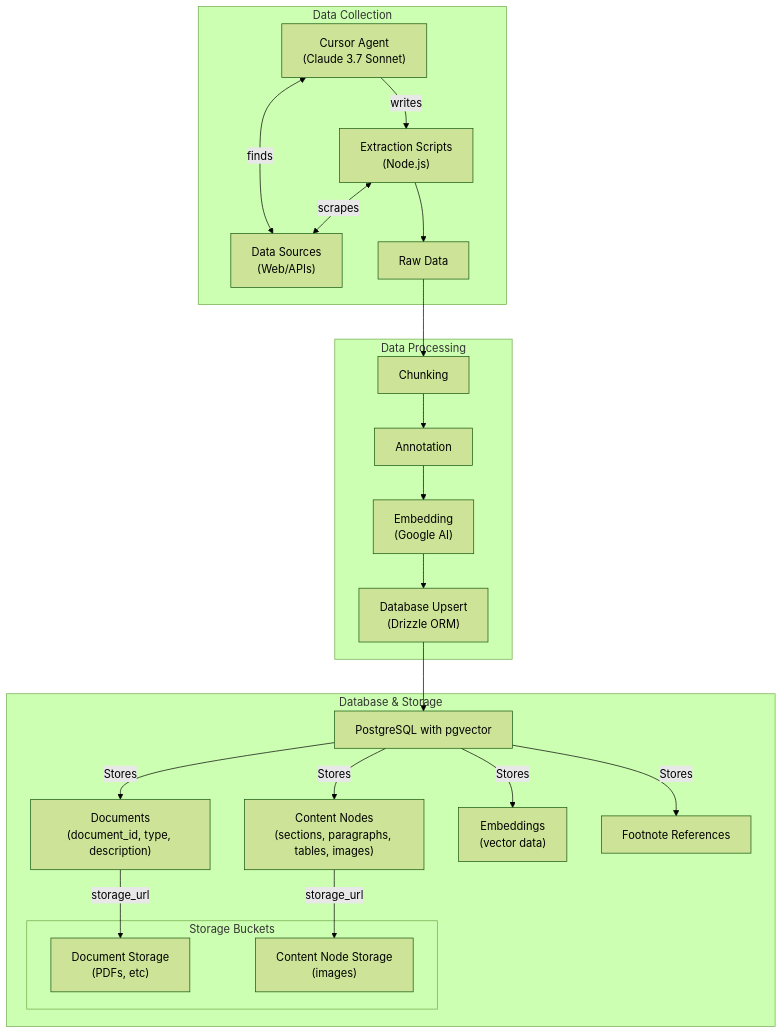
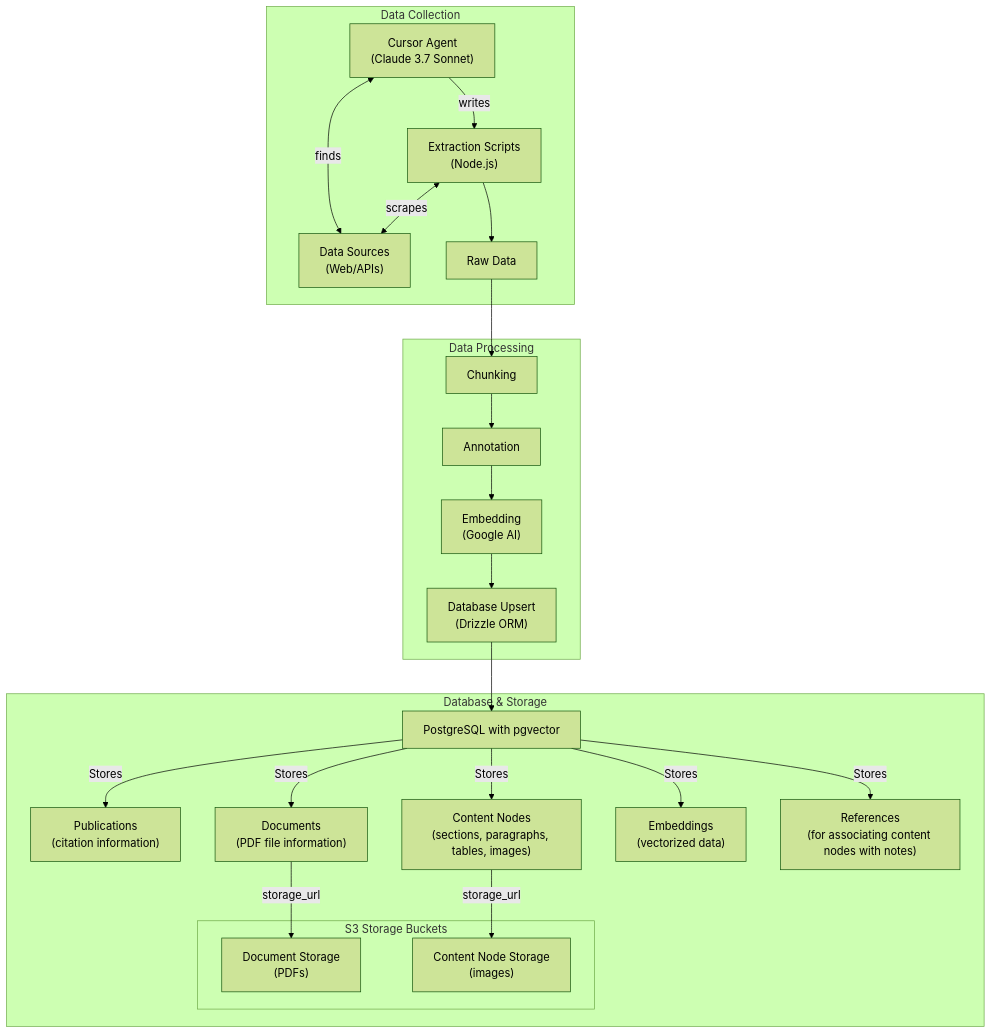
The first of 2 diagrams in README.md (Teal-Insights/ccdr-extraction-workflow), drawn with Mermaid (forest theme) before and after one commit. The commit also changed 13 other files, not shown here.

````diff
--- a/README.md
+++ b/README.md
@@ -28,32 +28,33 @@
 ```mermaid
 graph TB
     subgraph "Data Collection"
         C["Cursor Agent<br>(Claude 3.7 Sonnet)"] <-- finds --> B["Data Sources<br>(Web/APIs)"]
         C -- writes --> D["Extraction Scripts<br>(Node.js)"]
         D <-- scrapes --> B
         D --> F["Raw Data"]
     end
 
     subgraph "Data Processing"
         F --> I["Chunking"]
         I --> J["Annotation"]
         J --> K["Embedding<br>(Google AI)"]
         K --> L["Database Upsert<br>(Drizzle ORM)"]
     end
 
     subgraph "Database & Storage"
         L --> M["PostgreSQL with pgvector"]
-        M -- Stores --> N["Documents<br>(document_id, type, description)"]
-        M -- Stores --> O["Content Nodes<br>(sections, paragraphs, tables, images)"]
-        M -- Stores --> P["Embeddings<br>(vector data)"]
-        M -- Stores --> Q["Footnote References"]
+        M -- Stores --> N["Publications<br>(citation information)"]
+        M -- Stores --> O["Documents<br>(PDF file information)"]
+        M -- Stores --> P["Content Nodes<br>(sections, paragraphs, tables, images)"]
+        M -- Stores --> Q["Embeddings<br>(vectorized data)"]
+        M -- Stores --> R["References<br>(for associating content nodes with notes)"]
         
-        subgraph "Storage Buckets"
-            S["Document Storage<br>(PDFs, etc)"]
+        subgraph "S3 Storage Buckets"
+            S["Document Storage<br>(PDFs)"]
             T["Content Node Storage<br>(images)"]
         end
         
-        N -- storage_url --> S
-        O -- storage_url --> T
+        O -- storage_url --> S
+        P -- storage_url --> T
     end
 ```
````
